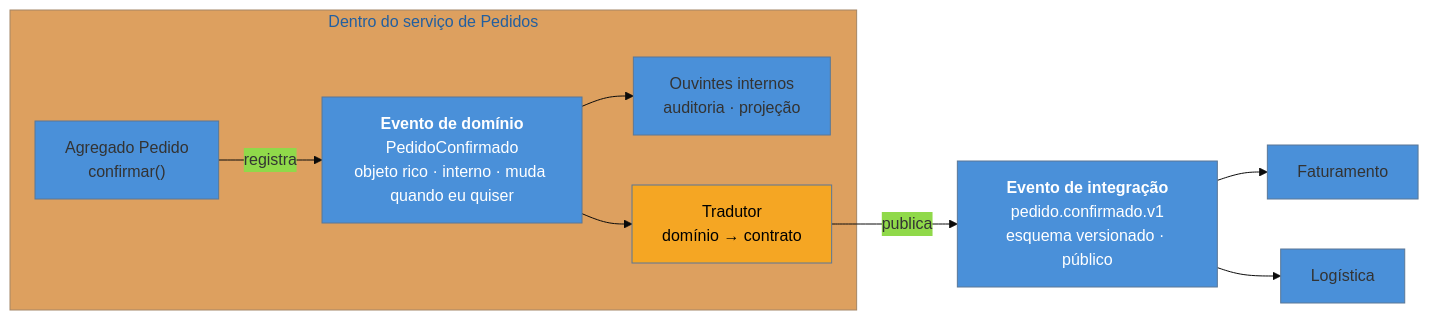
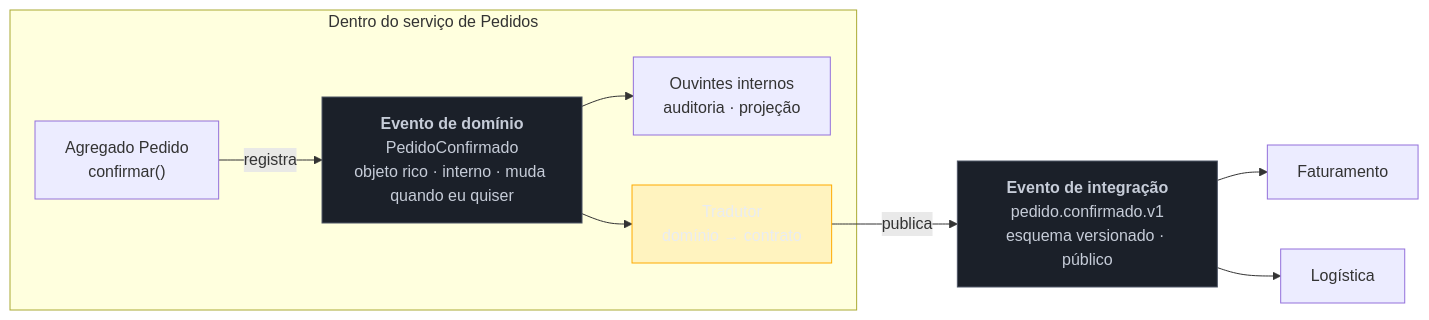
The diagram in 03-Dominios/Engenharia/Design de Software/Padrões de Projeto/Arquitetura de Eventos/02 - Domain Events.md (josenaldo/codex-technomanticus), drawn with Mermaid before and after one commit. The commit also changed 1181 other files, not shown here.

First line of the commit message:
fix(diagramas): paleta do sistema no lugar de cor cravada no markdown

````diff
--- a/03-Dominios/Engenharia/Design de Software/Padrões de Projeto/Arquitetura de Eventos/02 - Domain Events.md
+++ b/03-Dominios/Engenharia/Design de Software/Padrões de Projeto/Arquitetura de Eventos/02 - Domain Events.md
@@ -64,16 +64,17 @@
 ```mermaid
-%%{init: {"theme": "base", "themeVariables": {"primaryColor": "#4A90D9"}}}%%
 graph LR
+    classDef neutro fill:#1B2029,stroke:#4E5666,color:#C6CCD8
+    classDef destaque fill:#FFAA0024,stroke:#FFAA00,color:#E9ECF2
     subgraph INT["Dentro do serviço de Pedidos"]
         A["Agregado Pedido<br/>confirmar()"] -->|"registra"| DE["<b>Evento de domínio</b><br/>PedidoConfirmado<br/>objeto rico · interno · muda quando eu quiser"]
         DE --> H["Ouvintes internos<br/>auditoria · projeção"]
         DE --> T["Tradutor<br/>domínio → contrato"]
     end
     T -->|"publica"| IE["<b>Evento de integração</b><br/>pedido.confirmado.v1<br/>esquema versionado · público"]
     IE --> C1["Faturamento"]
     IE --> C2["Logística"]
 
-    style DE fill:#4A90D9,color:#fff
-    style T fill:#F5A623,color:#000
-    style IE fill:#4A90D9,color:#fff
+    class DE neutro
+    class T destaque
+    class IE neutro
 ```
````
